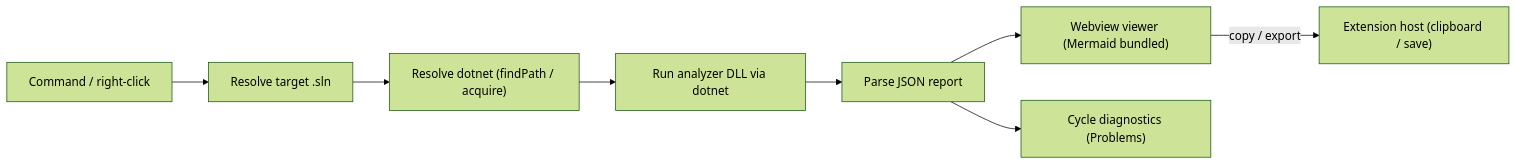
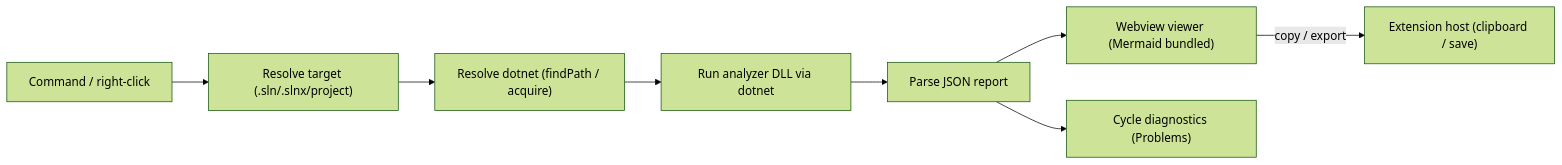
Before and after one commit to Htkym/sharpdeps: the diagram in README.md, drawn with Mermaid (forest theme). The commit also changed other lines of this file and 6 other files, not shown here.

Commit message:
Add .slnx and project-file analysis support

````diff
--- a/README.md
+++ b/README.md
@@ -76,10 +76,10 @@
 ```mermaid
 flowchart LR
-  cmd["Command / right-click"] --> resolve["Resolve target .sln"]
+  cmd["Command / right-click"] --> resolve["Resolve target (.sln/.slnx/project)"]
   resolve --> rt["Resolve dotnet (findPath / acquire)"]
   rt --> run["Run analyzer DLL via dotnet"]
   run --> json["Parse JSON report"]
   json --> view["Webview viewer (Mermaid bundled)"]
   json --> diag["Cycle diagnostics (Problems)"]
   view -->|copy / export| ext["Extension host (clipboard / save)"]
 ```
````
